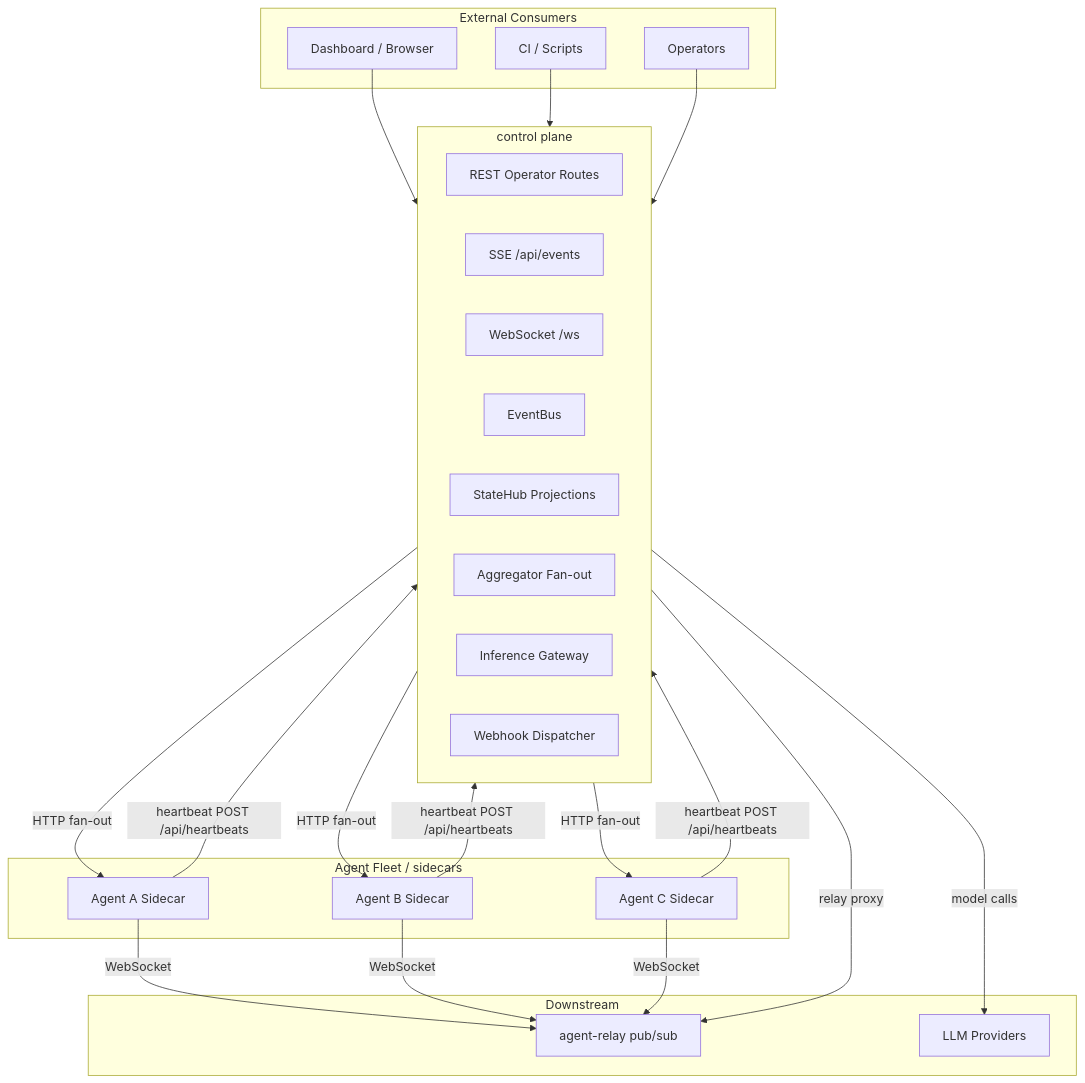
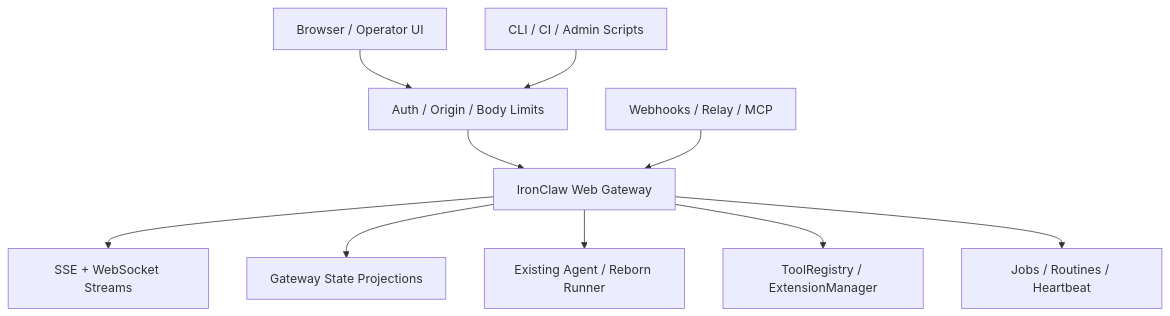
One commit to wpank/ironclaw changed the first of 2 diagrams in tmp/ecosystem/control-plane.md. Above: the diagram before and after it, drawn with Mermaid. The commit also changed other lines of this file and 140 other files, not shown here.

````diff
--- a/tmp/ecosystem/control-plane.md
+++ b/tmp/ecosystem/control-plane.md
@@ -58,37 +64,22 @@
 ```mermaid
-graph TB
-    subgraph External["External Consumers"]
-        D[Dashboard / Browser]
-        CI[CI / Scripts]
-        OP[Operators]
-    end
+flowchart TB
+    Browser[Browser / Operator UI]
+    Scripts[CLI / CI / Admin Scripts]
+    Gateway[IronClaw Web Gateway]
+    Auth[Auth / Origin / Body Limits]
+    SSE[SSE + WebSocket Streams]
+    State[Gateway State Projections]
+    Agent[Existing Agent / Reborn Runner]
+    Tools[ToolRegistry / ExtensionManager]
+    Jobs[Jobs / Routines / Heartbeat]
+    External[Webhooks / Relay / MCP]
 
-    subgraph CP["control plane"]
-        R[REST Operator Routes]
-        SSE[SSE /api/events]
-        WS[WebSocket /ws]
-        EB[EventBus<ServerEvent>]
-        SH[StateHub Projections]
-        Agg[Aggregator Fan-out]
-        GW[Inference Gateway]
-        Disp[Webhook Dispatcher]
-    end
-
-    subgraph Agents["Agent Fleet / sidecars"]
-        A1[Agent A Sidecar]
-        A2[Agent B Sidecar]
-        A3[Agent C Sidecar]
-    end
-
-    subgraph Infra["Downstream"]
-        Relay[agent-relay pub/sub]
-        LLM[LLM Providers]
-    end
-
-    D & CI & OP --> CP
-    CP -->|HTTP fan-out| A1 & A2 & A3
-    A1 & A2 & A3 -->|heartbeat POST /api/heartbeats| CP
-    A1 & A2 & A3 -->|WebSocket| Relay
-    CP -->|relay proxy| Relay
-    CP -->|model calls| LLM
+    Browser --> Auth --> Gateway
+    Scripts --> Auth
+    Gateway --> SSE
+    Gateway --> State
+    Gateway --> Agent
+    Gateway --> Tools
+    Gateway --> Jobs
+    External --> Gateway
 ```
````
